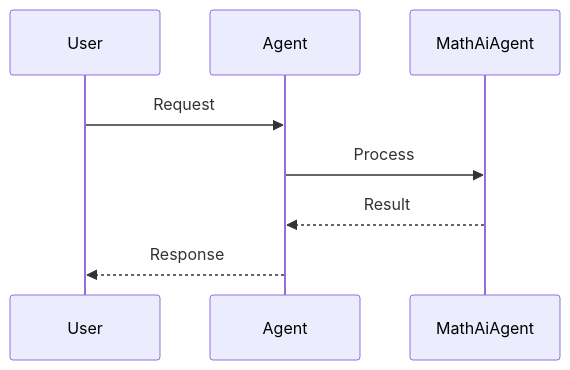
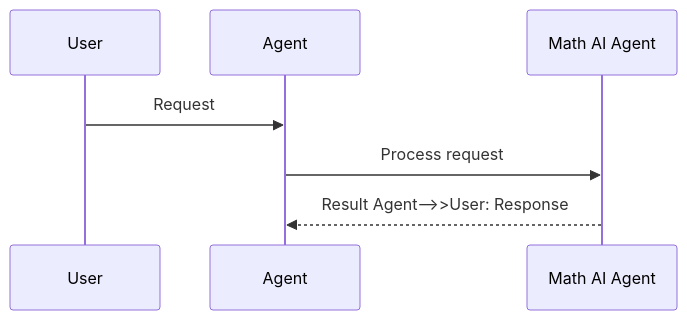
Before and after one commit to MervinPraison/PraisonAIDocs: the second of 2 diagrams in docs/features/mathagent.mdx, drawn with Mermaid. The commit also changed 204 other files, not shown here.

First line of the commit message:
docs: align feature/tool pages with AGENTS.md hero + sequence + import standards (fixes #1775)

````diff
--- a/docs/features/mathagent.mdx
+++ b/docs/features/mathagent.mdx
@@ -35,11 +35,10 @@
 ```mermaid
 sequenceDiagram
     participant User
     participant Agent
-    participant MathAiAgent
+    participant Feature as Math AI Agent
 
     User->>Agent: Request
-    Agent->>MathAiAgent: Process
-    MathAiAgent-->>Agent: Result
-    Agent-->>User: Response
+    Agent->>Feature: Process request
+    Feature-->>Agent: Result    Agent-->>User: Response
 ```
````
